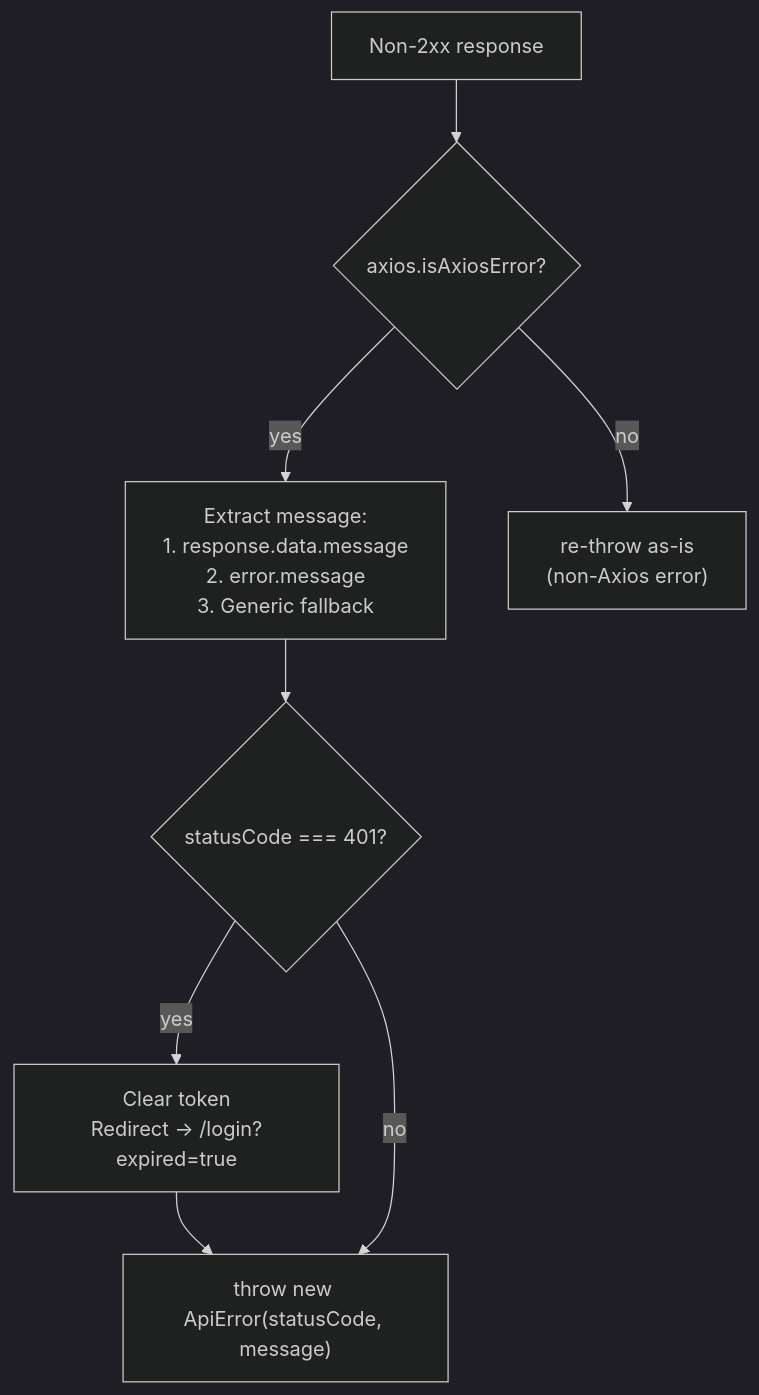
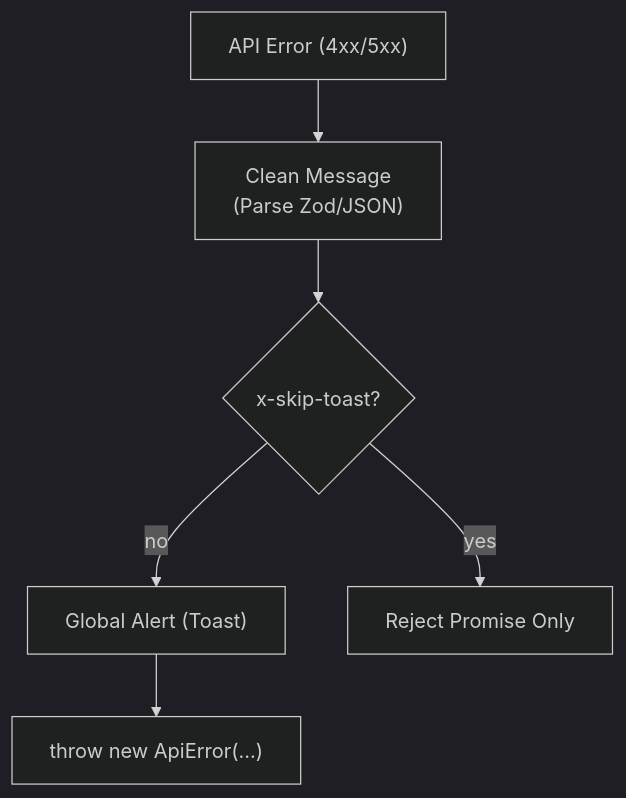
Before and after one commit to udaaraSH23/TrekDeskAI: the first of 2 diagrams in trekdesk-admin-dashboard/docs/ERROR_HANDLING.md, drawn with Mermaid (dark theme). The commit also changed other lines of this file and 116 other files, not shown here.

````diff
--- a/trekdesk-admin-dashboard/docs/ERROR_HANDLING.md
+++ b/trekdesk-admin-dashboard/docs/ERROR_HANDLING.md
@@ -44,17 +59,8 @@
 ```mermaid
 flowchart TD
-    Fail["Non-2xx response"]
-    IsAxios{axios.isAxiosError?}
-    Extract["Extract message:\n1. response.data.message\n2. error.message\n3. Generic fallback"]
-    Is401{statusCode === 401?}
-    Clear["Clear token\nRedirect → /login?expired=true"]
-    Reject["throw new ApiError(statusCode, message)"]
-    PassThrough["re-throw as-is\n(non-Axios error)"]
-
-    Fail --> IsAxios
-    IsAxios -- yes --> Extract
-    Extract --> Is401
-    Is401 -- yes --> Clear --> Reject
-    Is401 -- no --> Reject
-    IsAxios -- no --> PassThrough
+    Fail["API Error (4xx/5xx)"] --> Extract["Clean Message\n(Parse Zod/JSON)"]
+    Extract --> Header{"x-skip-toast?"}
+    Header -- no --> Toast["Global Alert (Toast)"]
+    Header -- yes --> Silent["Reject Promise Only"]
+    Toast --> Reject["throw new ApiError(...)"]
 ```
````
